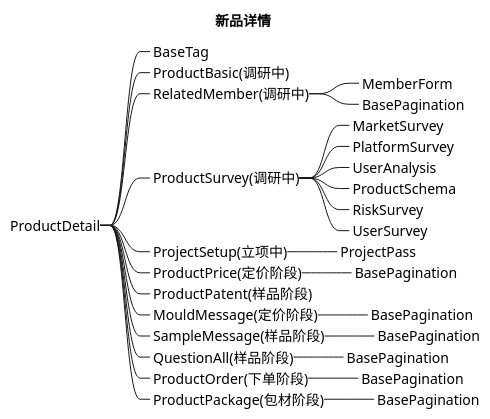
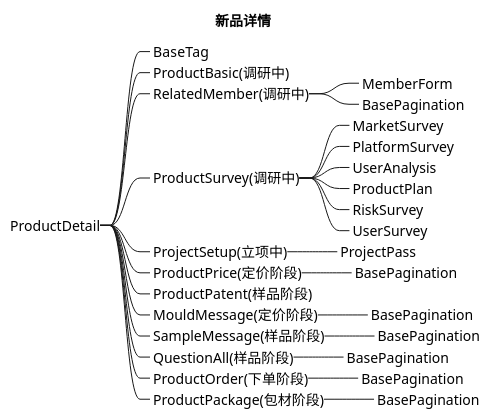
One commit to futurekidult/product changed the second of 2 diagrams in docs/diagram/product/product.puml. Above: the diagram before and after it, drawn with PlantUML. The commit also changed 18 other files, not shown here.

```diff
--- a/docs/diagram/product/product.puml
+++ b/docs/diagram/product/product.puml
@@ -11,33 +11,33 @@
 @startmindmap
 title 新品详情
 
 +_ ProductDetail
 ++_ BaseTag
 ++_ ProductBasic(调研中)
 ++_ RelatedMember(调研中)
 +++_ MemberForm
 +++_ BasePagination
 ++_ ProductSurvey(调研中)
 +++_ MarketSurvey
 +++_ PlatformSurvey
 +++_ UserAnalysis
-+++_ ProductSchema
++++_ ProductPlan
 +++_ RiskSurvey
 +++_ UserSurvey
 ++_ ProjectSetup(立项中)
 +++_ ProjectPass
 ++_ ProductPrice(定价阶段)
 +++_ BasePagination
 ++_ ProductPatent(样品阶段)
 ++_ MouldMessage(定价阶段)
 +++_ BasePagination
 ++_ SampleMessage(样品阶段)
 +++_ BasePagination
 ++_ QuestionAll(样品阶段)
 +++_ BasePagination
 ++_ ProductOrder(下单阶段)
 +++_ BasePagination
 ++_ ProductPackage(包材阶段)
 +++_ BasePagination
 
 @endmindmap
```
